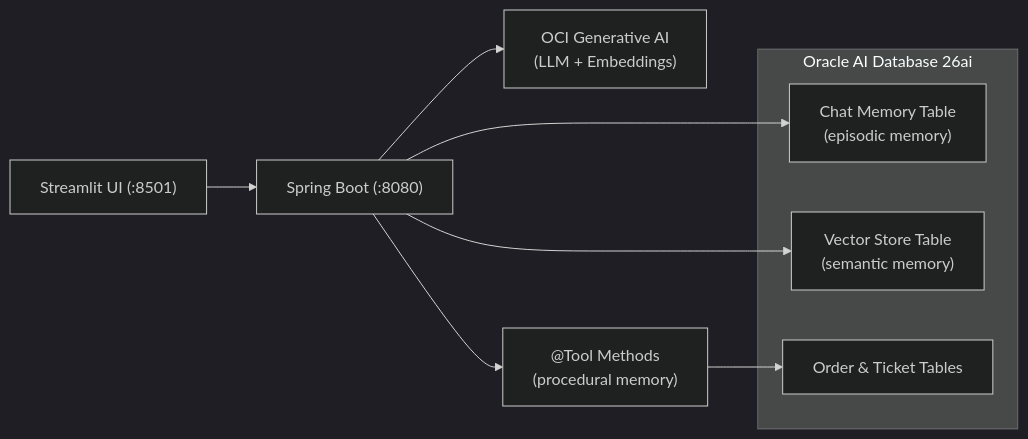
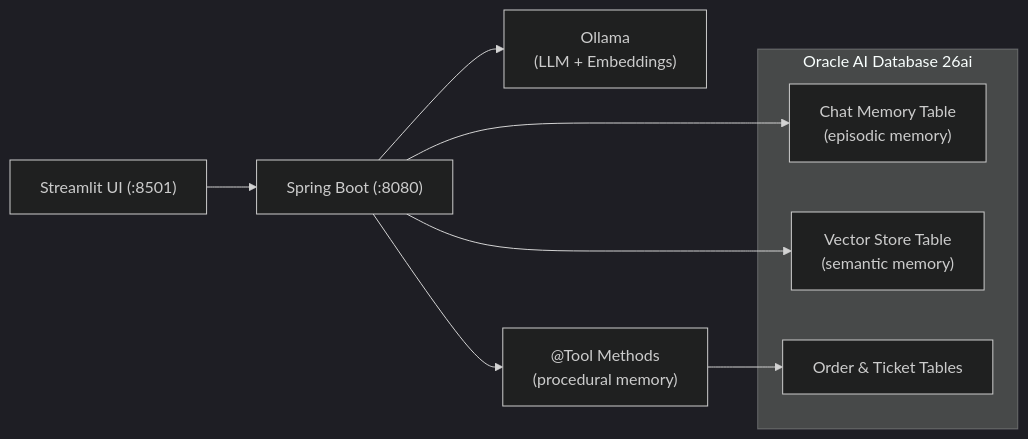
One commit to vmleon/oracle-database-java-agent-memory changed the first of 2 diagrams in README.md. Above: the diagram before and after it, drawn with Mermaid (dark theme). The commit also changed other lines of this file and 4 other files, not shown here.

Commit message:
migrate from OCI GenAI to Ollama for chat and embeddings

````diff
--- a/README.md
+++ b/README.md
@@ -7,15 +7,15 @@
 ```mermaid
 graph LR
     UI["Streamlit UI (:8501)"] --> API["Spring Boot (:8080)"]
-    API --> OCI["OCI Generative AI<br/>(LLM + Embeddings)"]
+    API --> Ollama["Ollama<br/>(LLM + Embeddings)"]
     API --> CM["Chat Memory Table<br/>(episodic memory)"]
     API --> VS["Vector Store Table<br/>(semantic memory)"]
     API --> PM["@Tool Methods<br/>(procedural memory)"]
     PM --> OT["Order & Ticket Tables"]
 
     subgraph Oracle AI Database 26ai
         CM
         VS
         OT
     end
 ```
````
